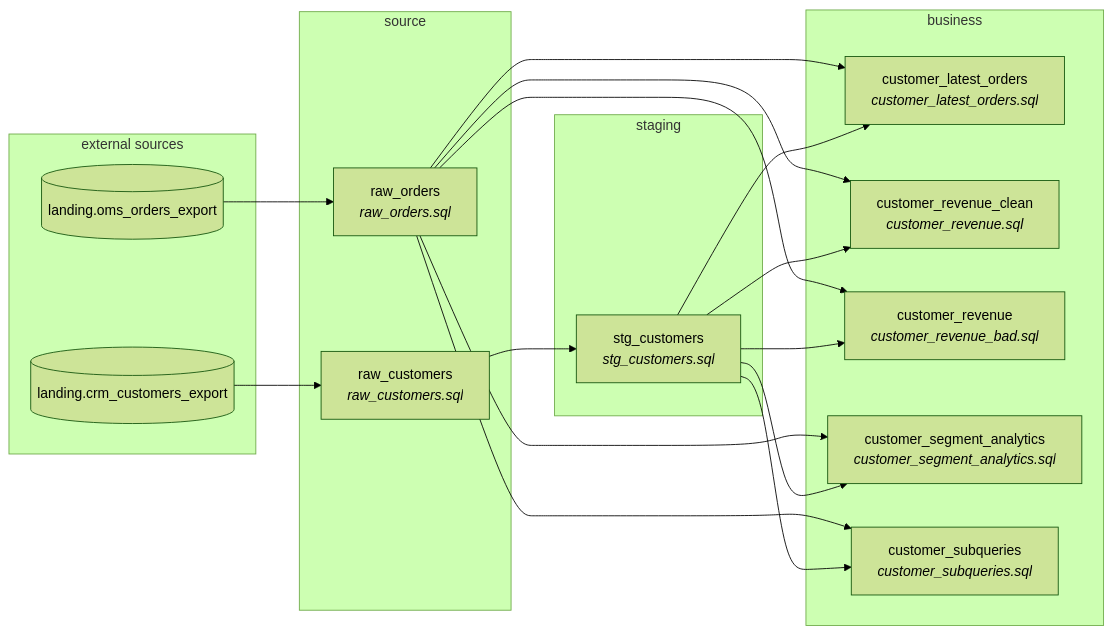
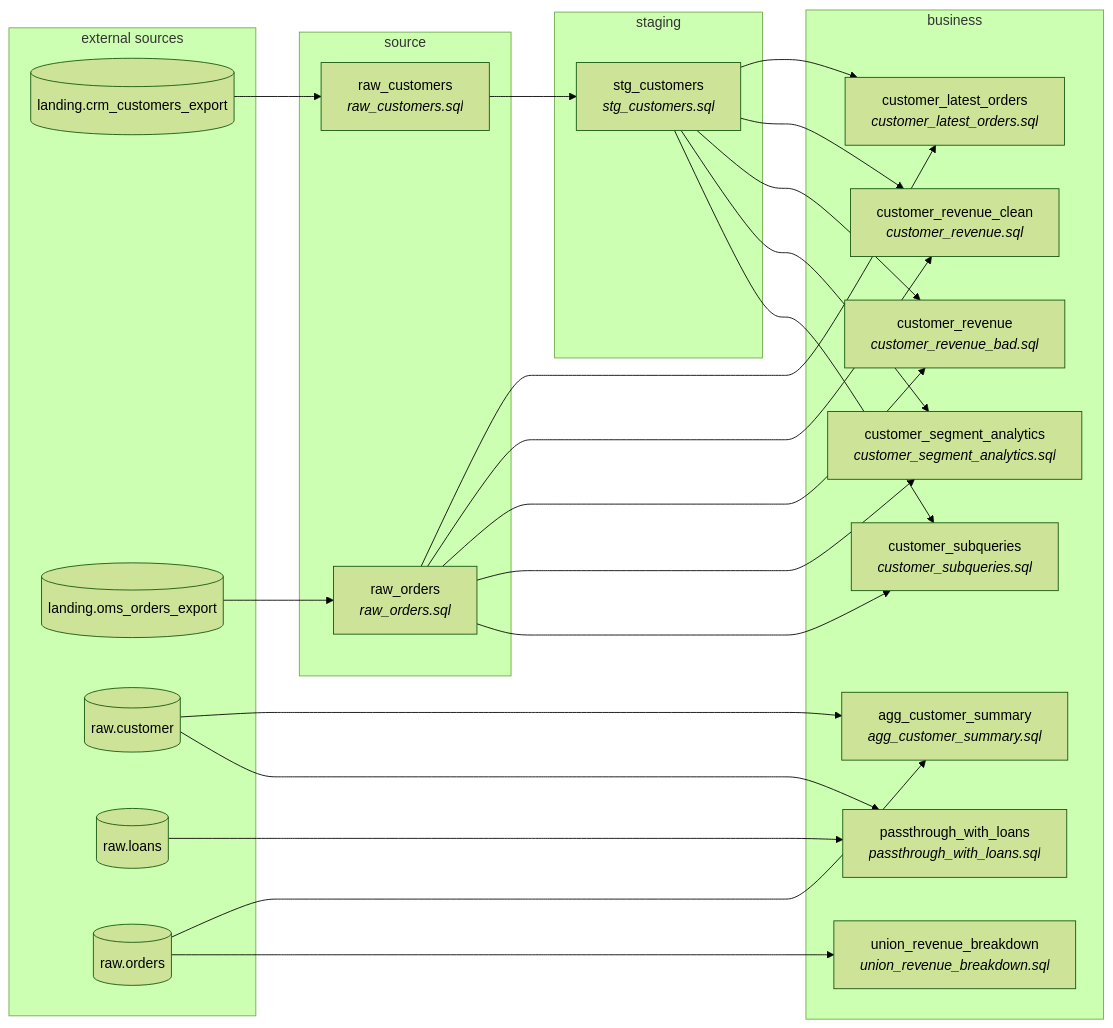
Before and after one commit to jacovanderlaan/mdde-demo: the diagram in examples/sql_process/expected_output/report.md, drawn with Mermaid (forest theme). The commit also changed other lines of this file and 25 other files, not shown here.

````diff
--- a/examples/sql_process/expected_output/report.md
+++ b/examples/sql_process/expected_output/report.md
@@ -109,34 +123,45 @@
 ```mermaid
 flowchart LR
   subgraph source
     raw_customers["raw_customers<br/><i>raw_customers.sql</i>"]
     raw_orders["raw_orders<br/><i>raw_orders.sql</i>"]
   end
   subgraph staging
     stg_customers["stg_customers<br/><i>stg_customers.sql</i>"]
   end
   subgraph business
+    agg_customer_summary["agg_customer_summary<br/><i>agg_customer_summary.sql</i>"]
     customer_latest_orders["customer_latest_orders<br/><i>customer_latest_orders.sql</i>"]
     customer_revenue_clean["customer_revenue_clean<br/><i>customer_revenue.sql</i>"]
     customer_revenue["customer_revenue<br/><i>customer_revenue_bad.sql</i>"]
     customer_segment_analytics["customer_segment_analytics<br/><i>customer_segment_analytics.sql</i>"]
     customer_subqueries["customer_subqueries<br/><i>customer_subqueries.sql</i>"]
+    passthrough_with_loans["passthrough_with_loans<br/><i>passthrough_with_loans.sql</i>"]
+    union_revenue_breakdown["union_revenue_breakdown<br/><i>union_revenue_breakdown.sql</i>"]
   end
   raw_customers --> stg_customers
   raw_orders --> customer_latest_orders
   raw_orders --> customer_revenue_clean
   raw_orders --> customer_revenue
   raw_orders --> customer_segment_analytics
   raw_orders --> customer_subqueries
   stg_customers --> customer_latest_orders
   stg_customers --> customer_revenue_clean
   stg_customers --> customer_revenue
   stg_customers --> customer_segment_analytics
   stg_customers --> customer_subqueries
   subgraph external ["external sources"]
     ext_landing_crm_customers_export[("landing.crm_customers_export")]
     ext_landing_oms_orders_export[("landing.oms_orders_export")]
+    ext_raw_customer[("raw.customer")]
+    ext_raw_loans[("raw.loans")]
+    ext_raw_orders[("raw.orders")]
   end
   ext_landing_crm_customers_export --> raw_customers
   ext_landing_oms_orders_export --> raw_orders
+  ext_raw_customer --> agg_customer_summary
+  ext_raw_customer --> passthrough_with_loans
+  ext_raw_loans --> passthrough_with_loans
+  ext_raw_orders --> agg_customer_summary
+  ext_raw_orders --> union_revenue_breakdown
 ```
````
